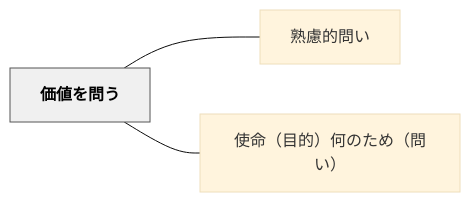
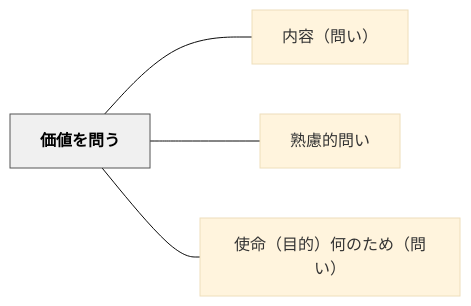
Before and after one commit to unknownthings-ed-patterns/unknownthings-ed-patterns: the diagram in content/パタン/価値を問う.md, drawn with Mermaid (base theme). The commit also changed other lines of this file and 473 other files, not shown here.

````diff
--- a/content/パタン/価値を問う.md
+++ b/content/パタン/価値を問う.md
@@ -39,12 +40,14 @@
 ```mermaid
 flowchart LR
     ne4bea1e580a4["価値を問う"]
+    ne58685e5aeb9["内容（問い）"]
     ne7869fe685ae["熟慮的問い"]
     ne4bdbfe591bd["使命（目的）何のため（問い）"]
 
+    ne4bea1e580a4 --- ne58685e5aeb9
     ne4bea1e580a4 --- ne7869fe685ae
     ne4bea1e580a4 --- ne4bdbfe591bd
 
     classDef hub fill:#f0f0f0,stroke:#555,color:#000,font-weight:bold
     class ne4bea1e580a4 hub
 ```
````
